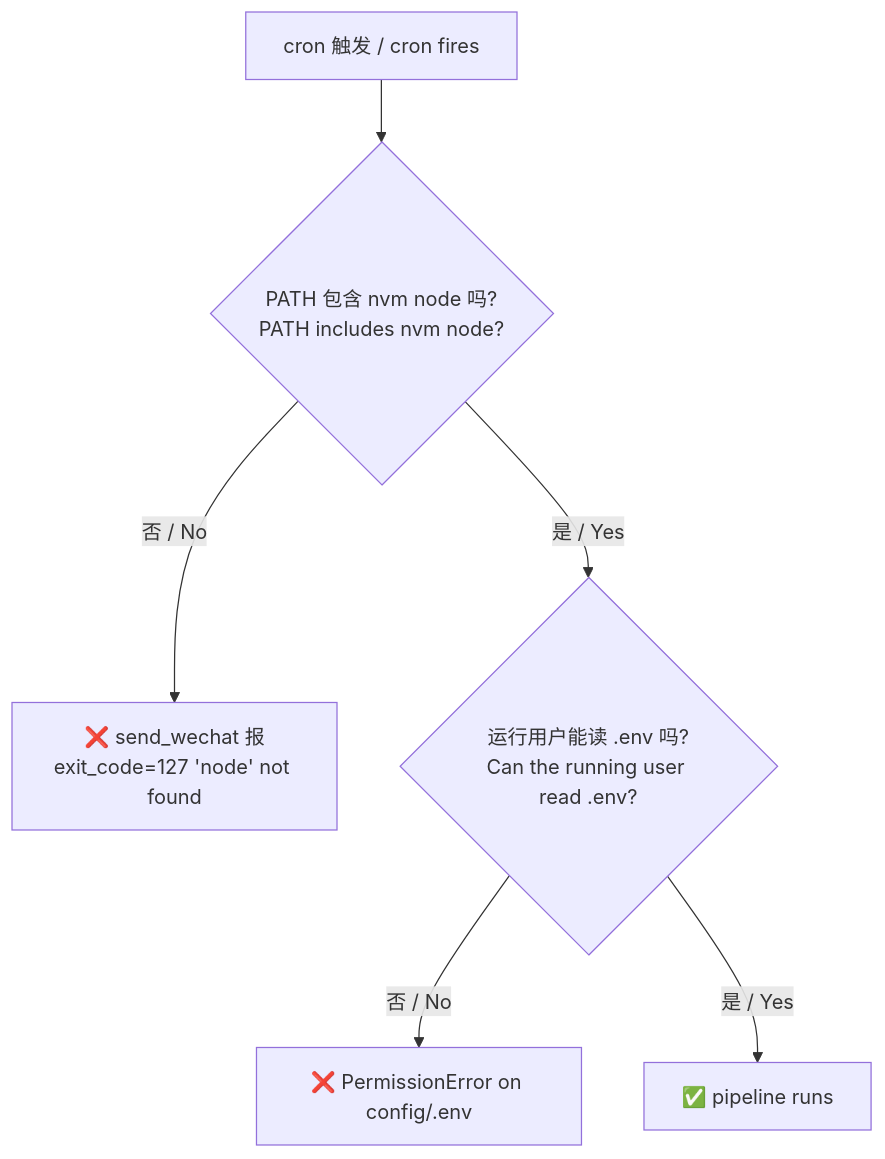
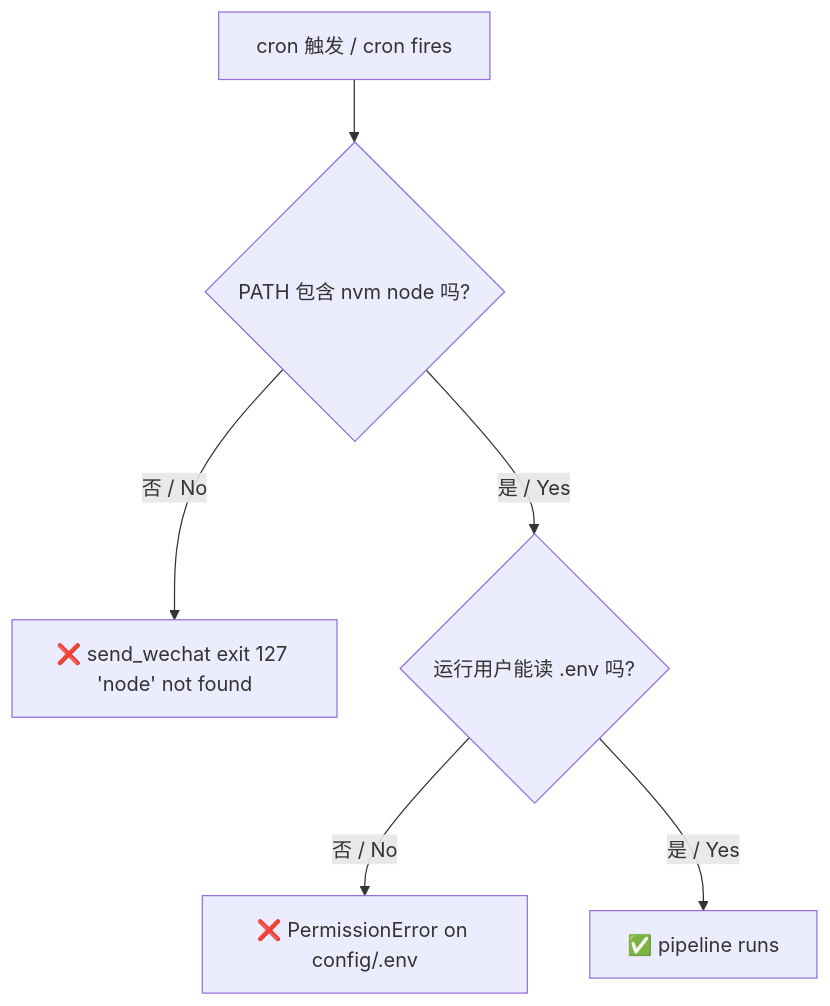
The fourth of 4 diagrams in README.md (WangZetian-IVERSON/Everyday-AInews-in-Openclaw), drawn with Mermaid before and after one commit. The commit also changed other lines of this file, not shown here.

````diff
--- a/README.md
+++ b/README.md
@@ -420,8 +268,8 @@
 ```mermaid
 flowchart TD
-    A[cron 触发 / cron fires] --> B{PATH 包含 nvm node 吗?<br/>PATH includes nvm node?}
-    B -- 否 / No --> X1["❌ send_wechat 报<br/>exit_code=127 'node' not found"]
-    B -- 是 / Yes --> C{运行用户能读 .env 吗?<br/>Can the running user read .env?}
+    A[cron 触发 / cron fires] --> B{PATH 包含 nvm node 吗?}
+    B -- 否 / No --> X1["❌ send_wechat exit 127 'node' not found"]
+    B -- 是 / Yes --> C{运行用户能读 .env 吗?}
     C -- 否 / No --> X2["❌ PermissionError on config/.env"]
     C -- 是 / Yes --> OK["✅ pipeline runs"]
 ```
````
